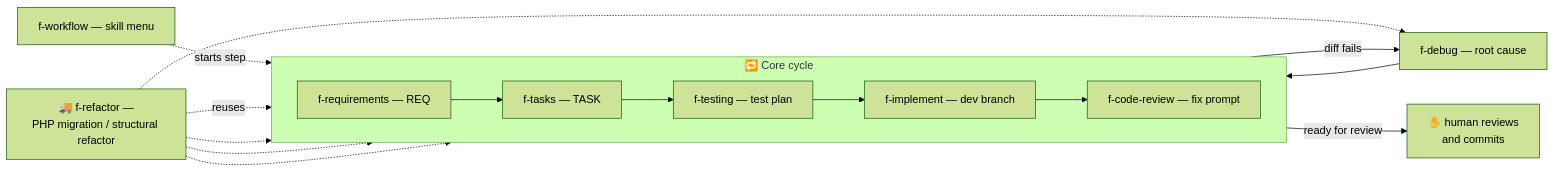
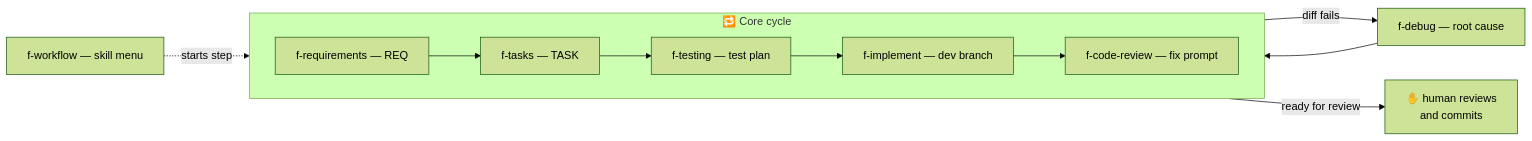
The diagram in README.md (fuellner/acf), drawn with Mermaid (forest theme) before and after one commit. The commit also changed other lines of this file and 67 other files, not shown here.

````diff
--- a/README.md
+++ b/README.md
@@ -54,22 +54,16 @@
 ```mermaid
 flowchart LR
     subgraph cycle["🔁 Core cycle"]
         direction LR
         R["f-requirements — REQ"] --> T["f-tasks — TASK"]
         T --> E["f-testing — test plan"]
         E --> I["f-implement — dev branch"]
         I --> C["f-code-review — fix prompt"]
     end
 
     C -->|"diff fails"| D["f-debug — root cause"]
     D --> T
     C -->|"ready for review"| H["✋ human reviews<br>and commits"]
 
     F["f-workflow — skill menu"] -.->|"starts step"| R
-
-    RF["🚚 f-refactor —<br>PHP migration / structural refactor"] -.->|"reuses"| T
-    RF -.-> E
-    RF -.-> I
-    RF -.-> C
-    RF -.-> D
 ```
````
